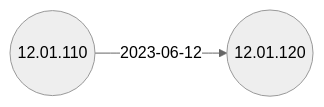
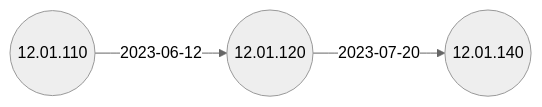
The second of 2 diagrams in docs/Docs/ReleaseNotes/04-OS12/README.md (IGEL-Community/IGEL-Docs-v02), drawn with Mermaid (neutral theme) before and after one commit. The commit also changed 2 other files, not shown here.

Commit message:
12.01.140 < 12.01.120

````diff
--- a/docs/Docs/ReleaseNotes/04-OS12/README.md
+++ b/docs/Docs/ReleaseNotes/04-OS12/README.md
@@ -33,6 +33,8 @@
 ```mermaid
 flowchart LR
+    12.01.120-- 2023-07-20 -->12.01.140((12.01.140))
     12.01.110((12.01.110))-- 2023-06-12 -->12.01.120((12.01.120))
+    click 12.01.140 "https://github.com/IGEL-Community/IGEL-Docs-v02/tree/main/docs/Docs/ReleaseNotes/04-OS12/readme12.01.140.1.txt" _blank
     click 12.01.120 "https://github.com/IGEL-Community/IGEL-Docs-v02/tree/main/docs/Docs/ReleaseNotes/04-OS12/readme12.01.120.1.txt" _blank
     click 12.01.110 "https://github.com/IGEL-Community/IGEL-Docs-v02/tree/main/docs/Docs/ReleaseNotes/04-OS12/readme12.01.110.1.txt" _blank
 ```
````
